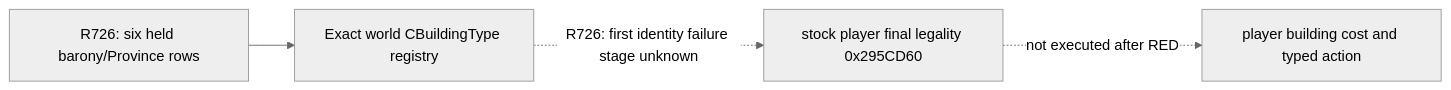
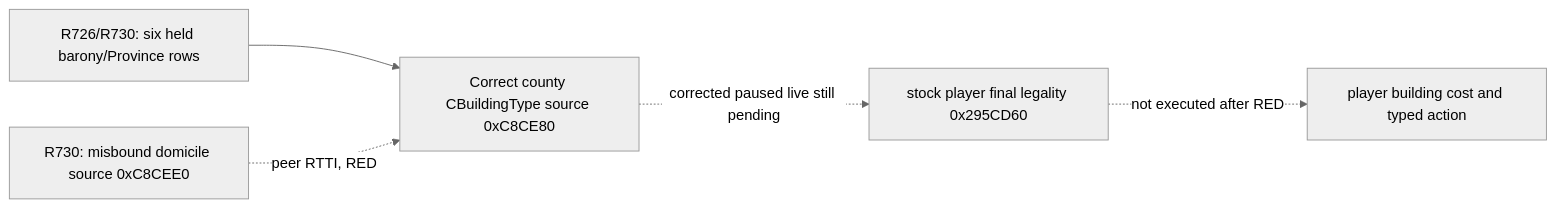
The diagram in docs/ck3-native-ai/g2m4-r726-world-definition-identity-red.md (XenoAmess/ck3_eternal_recurrence), drawn with Mermaid (neutral theme) before and after one commit. The commit also changed other lines of this file and 7 other files, not shown here.

Commit message:
G2-M4-R730-VTABLE-B0 use stock county building definition registry

````diff
--- a/docs/ck3-native-ai/g2m4-r726-world-definition-identity-red.md
+++ b/docs/ck3-native-ai/g2m4-r726-world-definition-identity-red.md
@@ -7,6 +7,7 @@
 ```mermaid
 flowchart LR
-  A["R726: six held barony/Province rows"] --> B["Exact world CBuildingType registry"]
-  B -. "R726: first identity failure stage unknown" .-> C["stock player final legality 0x295CD60"]
+  A["R726/R730: six held barony/Province rows"] --> B["Correct county CBuildingType source 0xC8CE80"]
+  X["R730: misbound domicile source 0xC8CEE0"] -. "peer RTTI, RED" .-> B
+  B -. "corrected paused live still pending" .-> C["stock player final legality 0x295CD60"]
   C -. "not executed after RED" .-> D["player building cost and typed action"]
 ```
````
